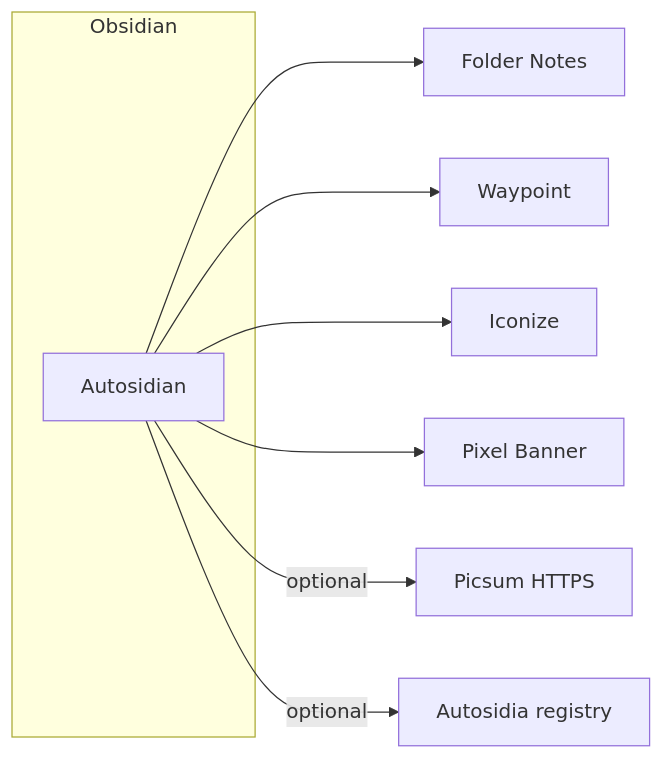
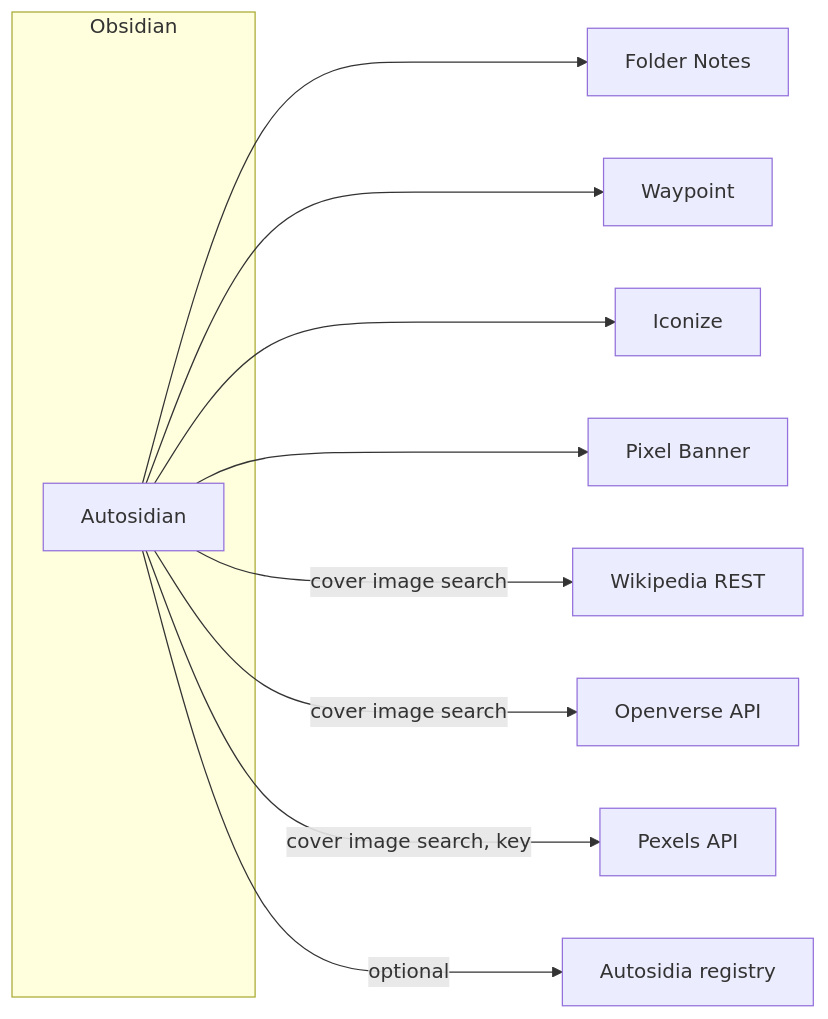
The diagram in ARCHITECTURE.md (lxpk/autosidian), drawn with Mermaid before and after one commit. The commit also changed other lines of this file and 28 other files, not shown here.

````diff
--- a/ARCHITECTURE.md
+++ b/ARCHITECTURE.md
@@ -7,16 +7,18 @@
 ```mermaid
 flowchart LR
   subgraph obsidian[Obsidian]
     A[Autosidian]
   end
   FN[Folder Notes]
   W[Waypoint]
   I[Iconize]
   PB[Pixel Banner]
   A --> FN
   A --> W
   A --> I
   A --> PB
-  A -->|optional| Web[Picsum HTTPS]
+  A -->|cover image search| Wiki[Wikipedia REST]
+  A -->|cover image search| OV[Openverse API]
+  A -->|cover image search, key| Pex[Pexels API]
   A -->|optional| Reg[Autosidia registry]
 ```
````
